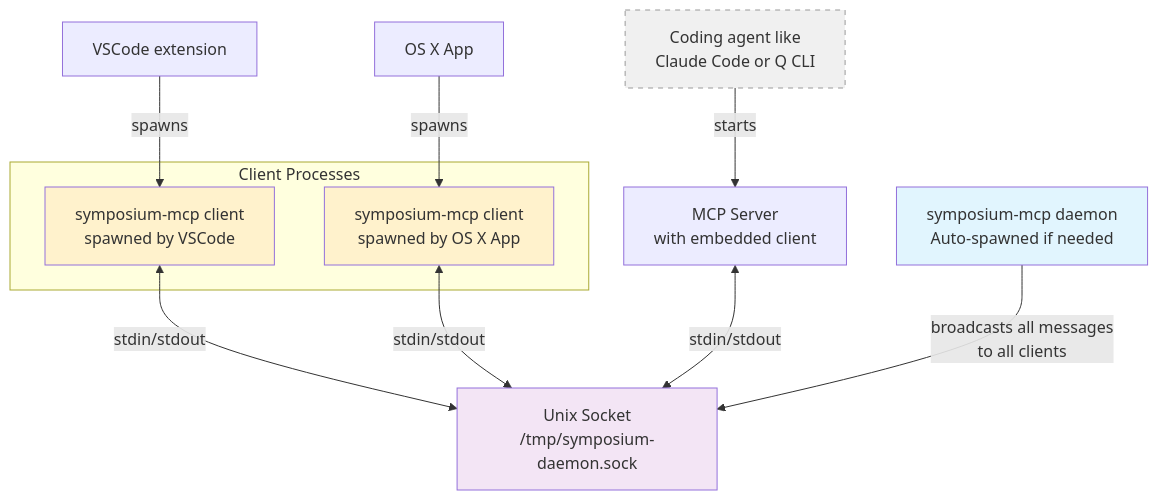
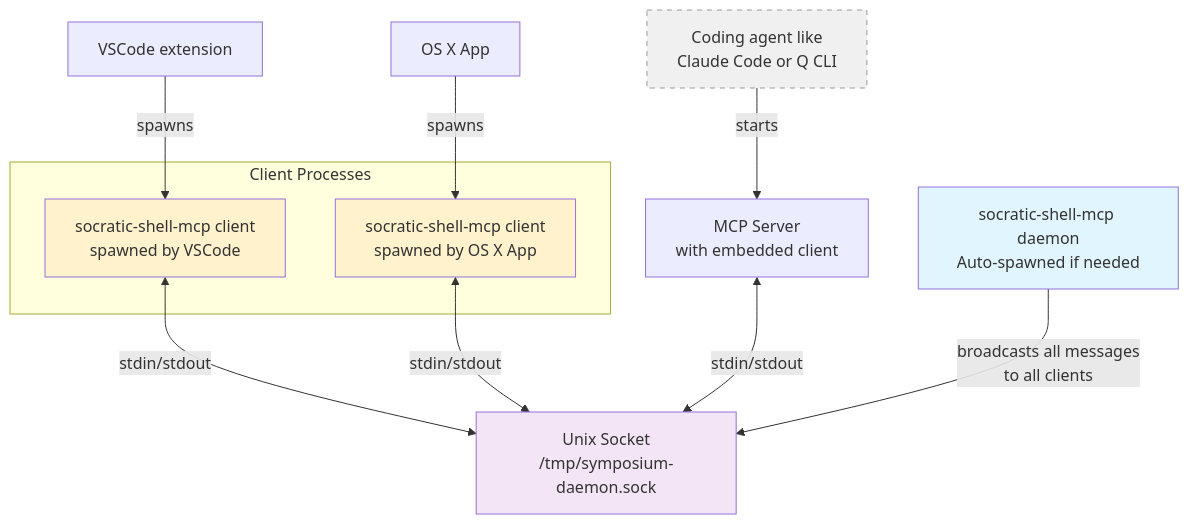
Before and after one commit to socratic-shell/symposium: the diagram in md/design/daemon.md, drawn with Mermaid. The commit also changed other lines of this file and 18 other files, not shown here.

````diff
--- a/md/design/daemon.md
+++ b/md/design/daemon.md
@@ -7,31 +7,31 @@
 ```mermaid
 graph TB
     OSX[OS X App]
     MCP[MCP Server<br/>with embedded client]
     EXT[VSCode extension]
-    DAEMON[symposium-mcp daemon<br/>Auto-spawned if needed]
+    DAEMON[socratic-shell-mcp daemon<br/>Auto-spawned if needed]
     SOCKET[Unix Socket<br>/tmp/symposium-daemon.sock]
     AGENT[Coding agent like<br>Claude Code or Q CLI]
     
     subgraph "Client Processes"
-        CLIENT2[symposium-mcp client<br/>spawned by OS X App]
-        CLIENT1[symposium-mcp client<br/>spawned by VSCode]
+        CLIENT2[socratic-shell-mcp client<br/>spawned by OS X App]
+        CLIENT1[socratic-shell-mcp client<br/>spawned by VSCode]
     end
     
     EXT -->|spawns| CLIENT1
     OSX -->|spawns| CLIENT2
     
     CLIENT1 <-->|stdin/stdout| SOCKET
     CLIENT2 <-->|stdin/stdout| SOCKET
     MCP <-->|stdin/stdout| SOCKET
 
     AGENT -- starts --> MCP
     
     DAEMON -->|broadcasts all messages<br/>to all clients| SOCKET
     
     style DAEMON fill:#e1f5fe
     style SOCKET fill:#f3e5f5
     style CLIENT1 fill:#fff2cc
     style CLIENT2 fill:#fff2cc
     style AGENT fill:#f0f0f0,stroke:#999,stroke-dasharray: 5 5
 ```
````
